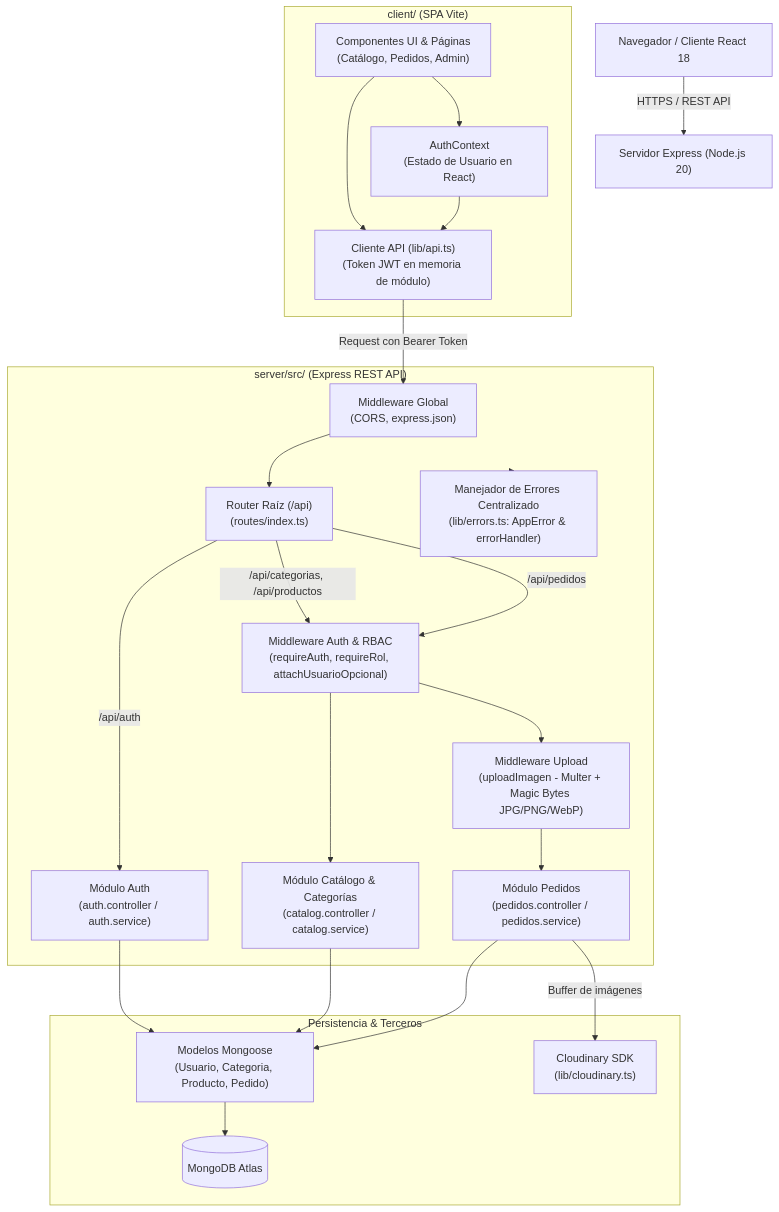
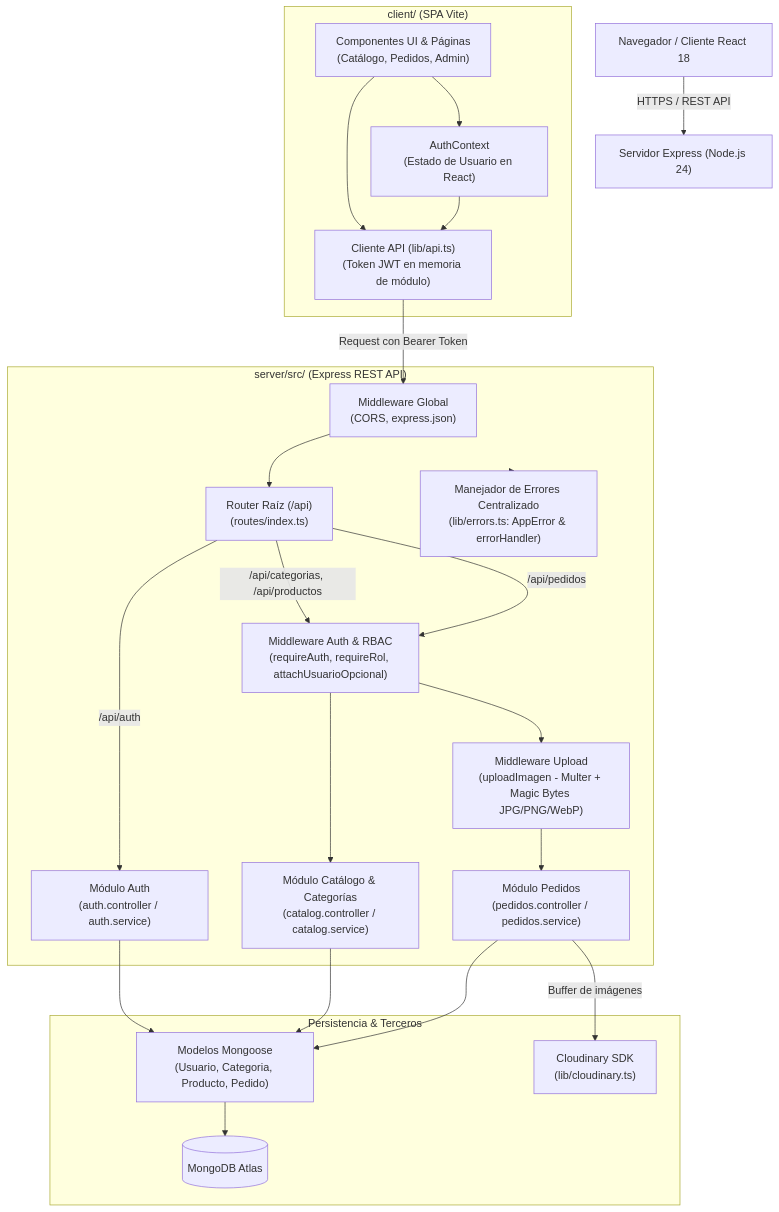
One commit to trbureiyan/taju.platform changed the first of 2 diagrams in ARCHITECTURE.md. Above: the diagram before and after it, drawn with Mermaid. The commit also changed 9 other files, not shown here.

````diff
--- a/ARCHITECTURE.md
+++ b/ARCHITECTURE.md
@@ -47,48 +47,48 @@
 ```mermaid
 graph TD
-    Browser["Navegador / Cliente React 18"] -->|"HTTPS / REST API"| Server["Servidor Express (Node.js 20)"]
+    Browser["Navegador / Cliente React 18"] -->|"HTTPS / REST API"| Server["Servidor Express (Node.js 24)"]
 
     subgraph Client ["client/ (SPA Vite)"]
         UI["Componentes UI & Páginas\n(Catálogo, Pedidos, Admin)"]
         AuthCtx["AuthContext\n(Estado de Usuario en React)"]
         ApiClient["Cliente API (lib/api.ts)\n(Token JWT en memoria de módulo)"]
         UI --> AuthCtx
         UI --> ApiClient
         AuthCtx --> ApiClient
     end
 
     subgraph ServerApp ["server/src/ (Express REST API)"]
         GlobalMW["Middleware Global\n(CORS, express.json)"]
         RoutesRoot["Router Raíz (/api)\n(routes/index.ts)"]
         
         AuthMW["Middleware Auth & RBAC\n(requireAuth, requireRol, attachUsuarioOpcional)"]
         UploadMW["Middleware Upload\n(uploadImagen - Multer + Magic Bytes JPG/PNG/WebP)"]
         
         ModAuth["Módulo Auth\n(auth.controller / auth.service)"]
         ModCatalog["Módulo Catálogo & Categorías\n(catalog.controller / catalog.service)"]
         ModPedidos["Módulo Pedidos\n(pedidos.controller / pedidos.service)"]
         
         ErrorMW["Manejador de Errores Centralizado\n(lib/errors.ts: AppError & errorHandler)"]
     end
 
     subgraph Persistence ["Persistencia & Terceros"]
         Models["Modelos Mongoose\n(Usuario, Categoria, Producto, Pedido)"]
         MongoAtlas[("MongoDB Atlas")]
         CloudinaryAPI["Cloudinary SDK\n(lib/cloudinary.ts)"]
     end
 
     ApiClient -->|"Request con Bearer Token"| GlobalMW
     GlobalMW --> RoutesRoot
     
     RoutesRoot -->|"/api/auth"| ModAuth
     RoutesRoot -->|"/api/categorias, /api/productos"| AuthMW --> ModCatalog
     RoutesRoot -->|"/api/pedidos"| AuthMW --> UploadMW --> ModPedidos
     
     ModAuth --> Models
     ModCatalog --> Models
     ModPedidos --> Models
     ModPedidos -->|"Buffer de imágenes"| CloudinaryAPI
     
     Models --> MongoAtlas
     ServerApp -.-> ErrorMW
 ```
````
